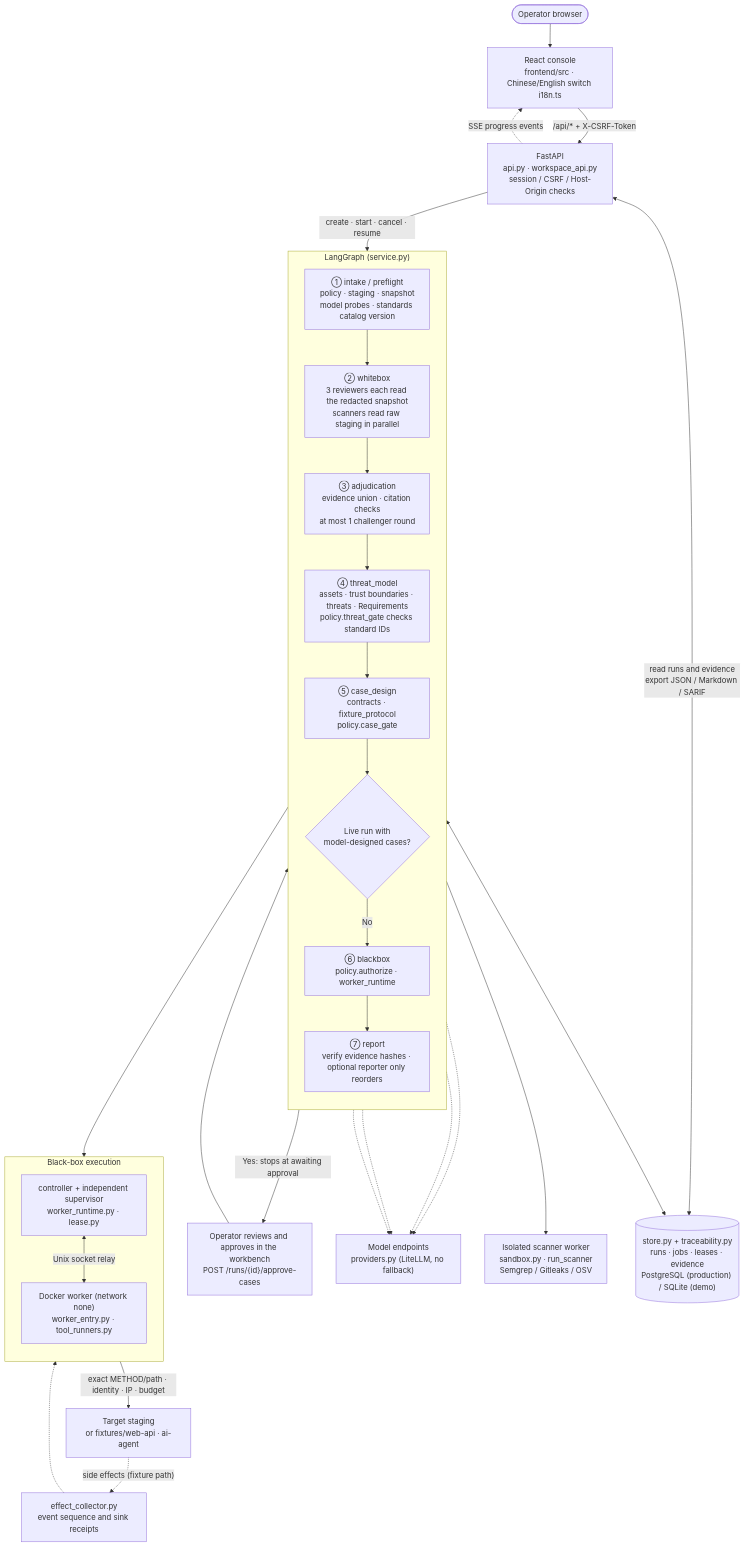
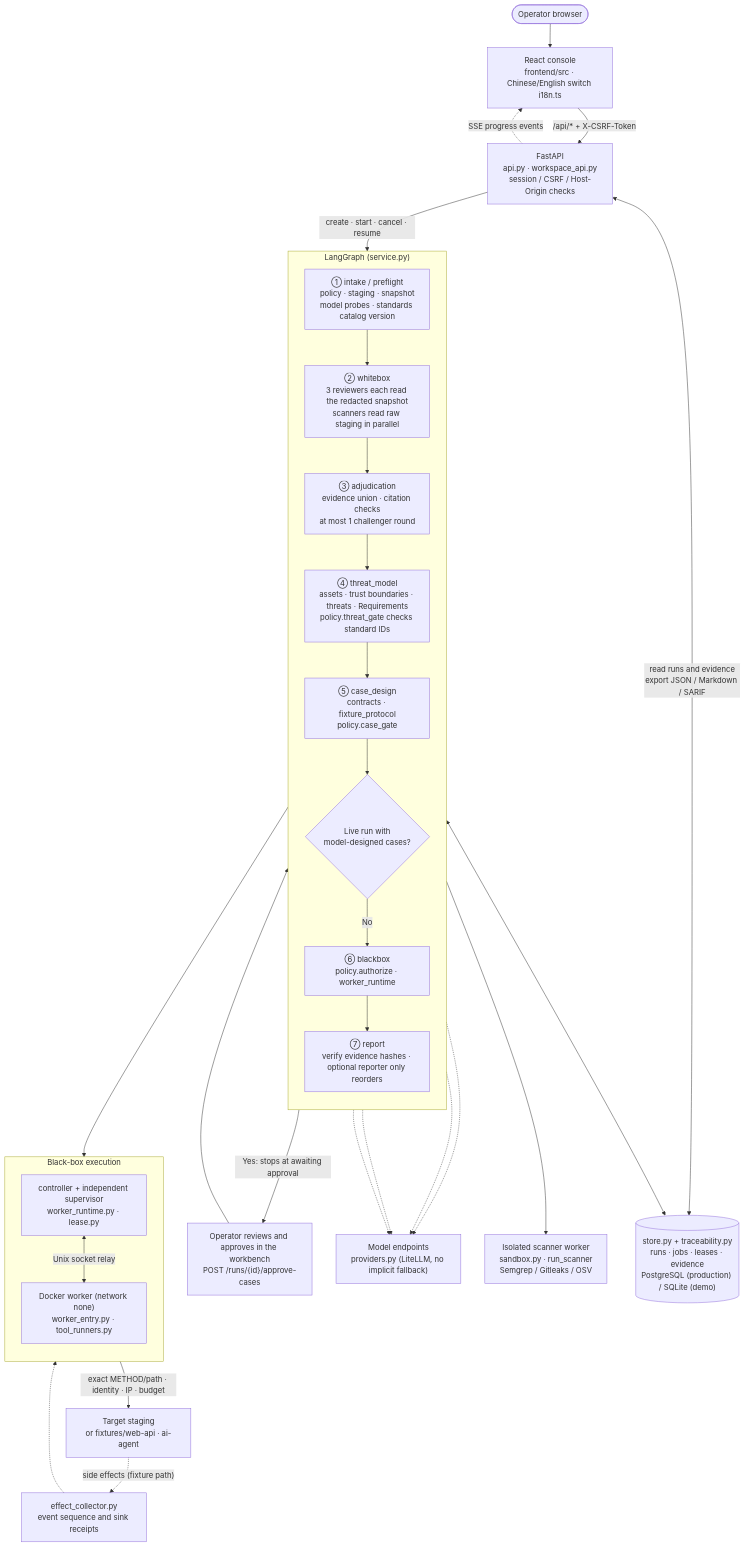
Before and after one commit to chinchiang/MultiAgentBeta: the second of 2 diagrams in README.md, drawn with Mermaid. The commit also changed other lines of this file and 21 other files, not shown here.

````diff
--- a/README.md
+++ b/README.md
@@ -244,50 +244,50 @@
 ```mermaid
 flowchart TB
   OP(["Operator browser"])
   UI["React console<br/>frontend/src · Chinese/English switch i18n.ts"]
   API["FastAPI<br/>api.py · workspace_api.py<br/>session / CSRF / Host-Origin checks"]
   OP --> UI
   UI -->|"/api/* + X-CSRF-Token"| API
   API -.->|"SSE progress events"| UI
 
   subgraph ENG["LangGraph (service.py)"]
     direction TB
     S0["① intake / preflight<br/>policy · staging · snapshot<br/>model probes · standards catalog version"]
     S1["② whitebox<br/>3 reviewers each read the redacted snapshot<br/>scanners read raw staging in parallel"]
     S2["③ adjudication<br/>evidence union · citation checks<br/>at most 1 challenger round"]
     S3["④ threat_model<br/>assets · trust boundaries · threats · Requirements<br/>policy.threat_gate checks standard IDs"]
     S4["⑤ case_design<br/>contracts · fixture_protocol<br/>policy.case_gate"]
     Q{"Live run with<br/>model-designed cases?"}
     S6["⑥ blackbox<br/>policy.authorize · worker_runtime"]
     S7["⑦ report<br/>verify evidence hashes · optional reporter only reorders"]
     S0 --> S1 --> S2 --> S3 --> S4 --> Q
     Q -->|"No"| S6
     S6 --> S7
   end
 
   API -->|"create · start · cancel · resume"| S0
   Q -->|"Yes: stops at awaiting approval"| AP["Operator reviews and approves in the workbench<br/>POST /runs/{id}/approve-cases"]
   AP --> S6
 
-  LLM["Model endpoints<br/>providers.py (LiteLLM, no fallback)"]
+  LLM["Model endpoints<br/>providers.py (LiteLLM, no implicit fallback)"]
   S1 & S2 & S3 & S4 -.-> LLM
 
   SCAN["Isolated scanner worker<br/>sandbox.py · run_scanner<br/>Semgrep / Gitleaks / OSV"]
   S1 --> SCAN
 
   subgraph BOX["Black-box execution"]
     direction TB
     SUP["controller + independent supervisor<br/>worker_runtime.py · lease.py"]
     WK["Docker worker (network none)<br/>worker_entry.py · tool_runners.py"]
     SUP <-->|"Unix socket relay"| WK
   end
   S6 --> SUP
   TGT["Target staging<br/>or fixtures/web-api · ai-agent"]
   SUP -->|"exact METHOD/path · identity · IP · budget"| TGT
   TGT -.->|"side effects (fixture path)"| EC["effect_collector.py<br/>event sequence and sink receipts"]
   EC -.-> SUP
 
   DB[("store.py + traceability.py<br/>runs · jobs · leases · evidence<br/>PostgreSQL (production) / SQLite (demo)")]
   ENG <--> DB
   API <-->|"read runs and evidence<br/>export JSON / Markdown / SARIF"| DB
 ```
````
